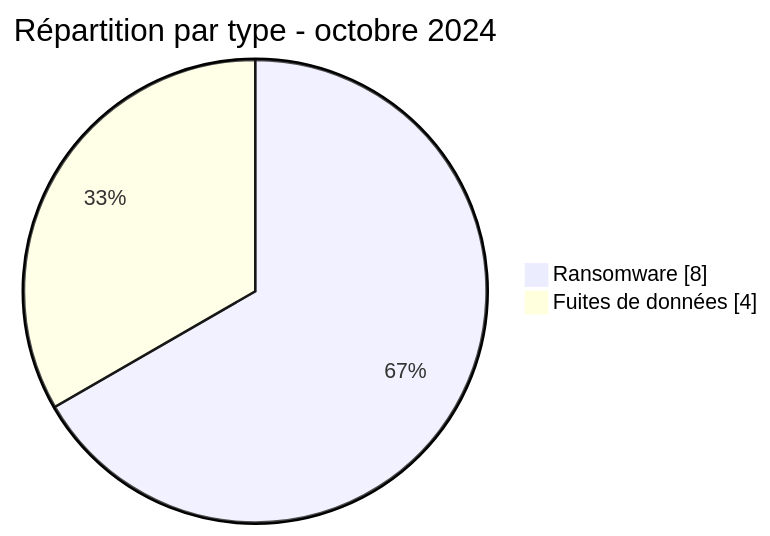
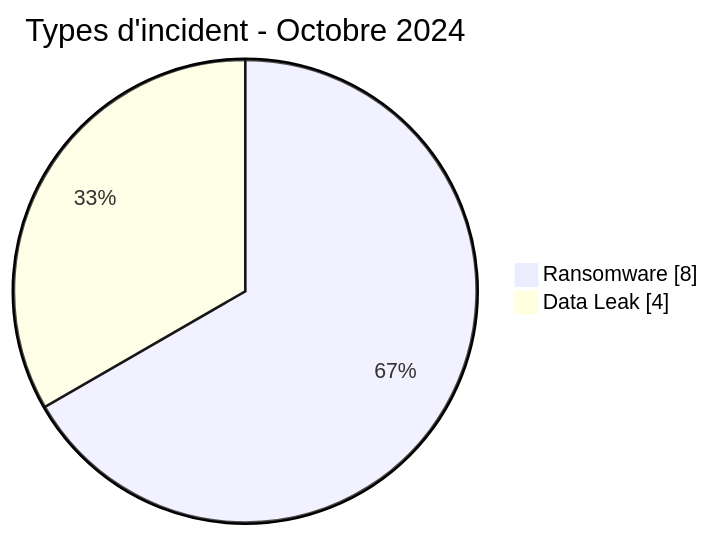
The first of 3 diagrams in CyberAttackAfrica/2024/10-october/README_FR.md (Hatchepsoute/AFRINTEL), drawn with Mermaid before and after one commit. The commit also changed other lines of this file and 60 other files, not shown here.

````diff
--- a/CyberAttackAfrica/2024/10-october/README_FR.md
+++ b/CyberAttackAfrica/2024/10-october/README_FR.md
@@ -55,6 +54,6 @@
 ```mermaid
 pie showData
-    title Répartition par type - octobre 2024
+    title Types d'incident - Octobre 2024
     "Ransomware" : 8
-    "Fuites de données" : 4
+    "Data Leak" : 4
 ```
````
